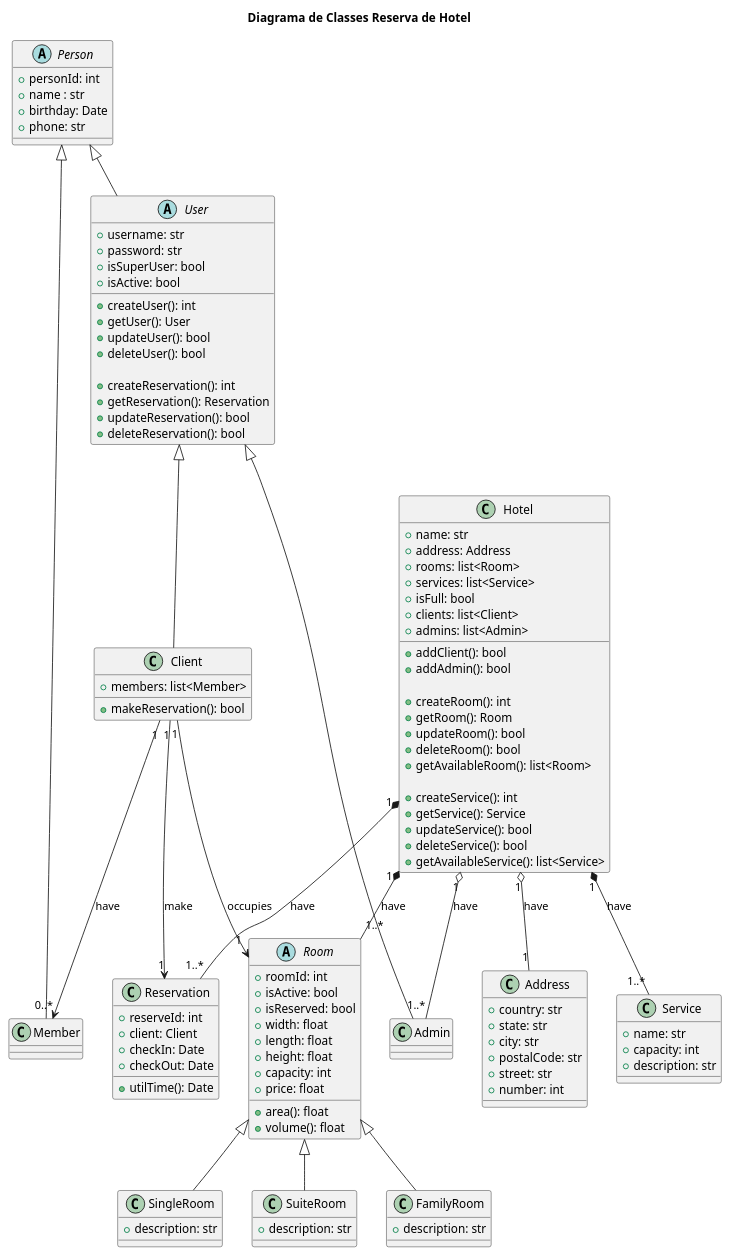
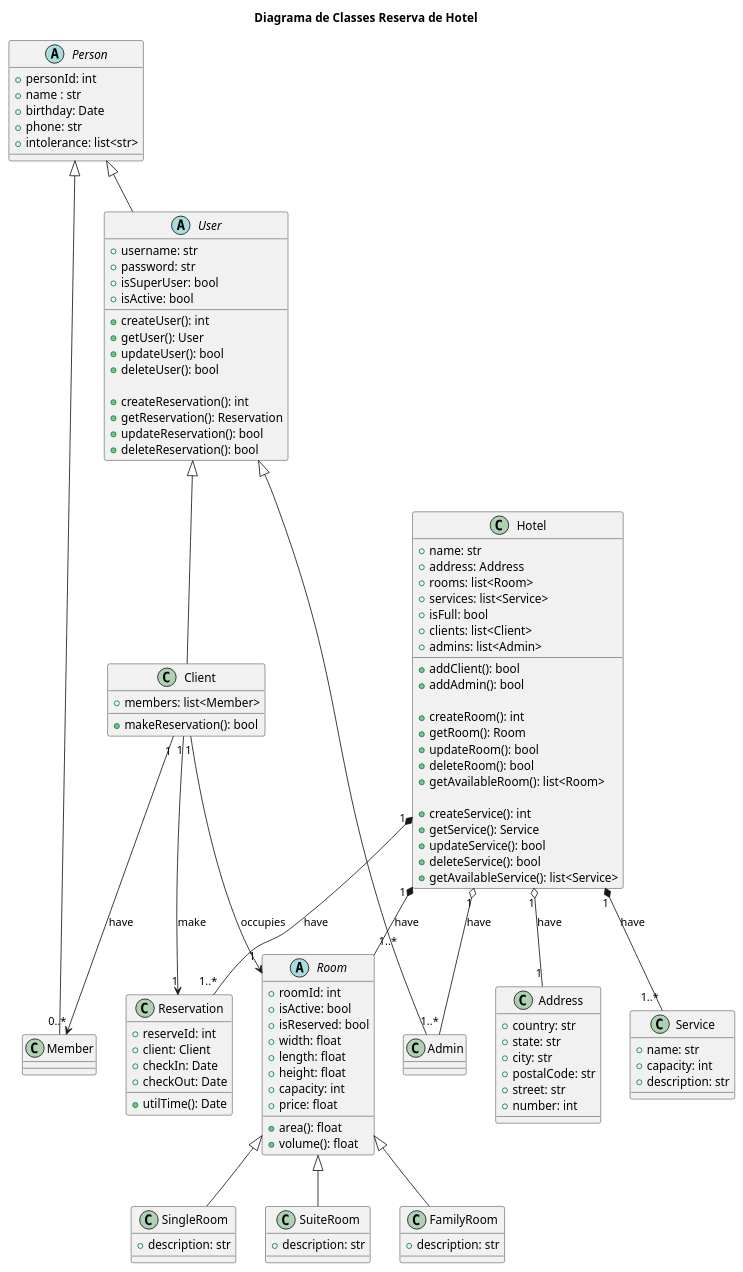
One commit to azmovi/reserva-de-hotel changed the diagram in diagrama_de_classes.iuml. Above: the diagram before and after it, drawn with PlantUML. The commit also changed 93 other files, not shown here.

```diff
--- a/diagrama_de_classes.iuml
+++ b/diagrama_de_classes.iuml
@@ -1,136 +1,137 @@
 @startuml
 title Diagrama de Classes Reserva de Hotel
 
 abstract class Person {
     +personId: int 
     +name : str
     +birthday: Date
     +phone: str
+    +intolerance: list<str>
 }
 
 abstract class User {
     +username: str
     +password: str
     +isSuperUser: bool 
     +isActive: bool 
 
     +createUser(): int
     +getUser(): User
     +updateUser(): bool
     +deleteUser(): bool
 
     +createReservation(): int
     +getReservation(): Reservation
     +updateReservation(): bool
     +deleteReservation(): bool
 }
 
 class Client {
     +members: list<Member> 
 
     +makeReservation(): bool
 
 }
 
 class Member {
 }
 
 class Admin {
 }
 
 class Hotel {
     +name: str
     +address: Address
     +rooms: list<Room>
     +services: list<Service>
     +isFull: bool
     +clients: list<Client>
     +admins: list<Admin>
 
     +addClient(): bool
     +addAdmin(): bool
 
     +createRoom(): int
     +getRoom(): Room
     +updateRoom(): bool
     +deleteRoom(): bool
     +getAvailableRoom(): list<Room>
 
     +createService(): int
     +getService(): Service
     +updateService(): bool
     +deleteService(): bool
     +getAvailableService(): list<Service>
 }
 
 class Address {
     +country: str
     +state: str
     +city: str
     +postalCode: str
     +street: str
     +number: int
 }
 
 abstract class Room{
     +roomId: int
     +isActive: bool
     +isReserved: bool
     +width: float
     +length: float
     +height: float
     +capacity: int
     +price: float
 
     +area(): float
     +volume(): float
 }
 
 class SingleRoom {
     +description: str
 }
 
 class SuiteRoom{
     +description: str
 }
 
 class FamilyRoom{
     +description: str
 }
 
 class Service {
     +name: str
     +capacity: int 
     +description: str
 }
 
 class Reservation {
     +reserveId: int
     +client: Client 
     +checkIn: Date
     +checkOut: Date
 
     +utilTime(): Date
 }
 
 Room <|-- SuiteRoom
 Room <|-- SingleRoom
 Room <|-- FamilyRoom
 
 Hotel "1" *-- "1..*" Room : have
 Hotel "1" *-- "1..*" Service : have
 Hotel "1" *-- "1..*" Reservation : have
 Hotel "1" o-- "1..*" Admin : have
 Hotel "1" o-- "1"    Address : have
 
 Person <|-- User
 Person <|-- Member
 
 User <|-- Client
 User <|-- Admin
 
 Client "1"-->"0..*" Member : have 
 Client "1"-->"1" Reservation: make
 Client "1"-->"1" Room: occupies
 
 @enduml
```
